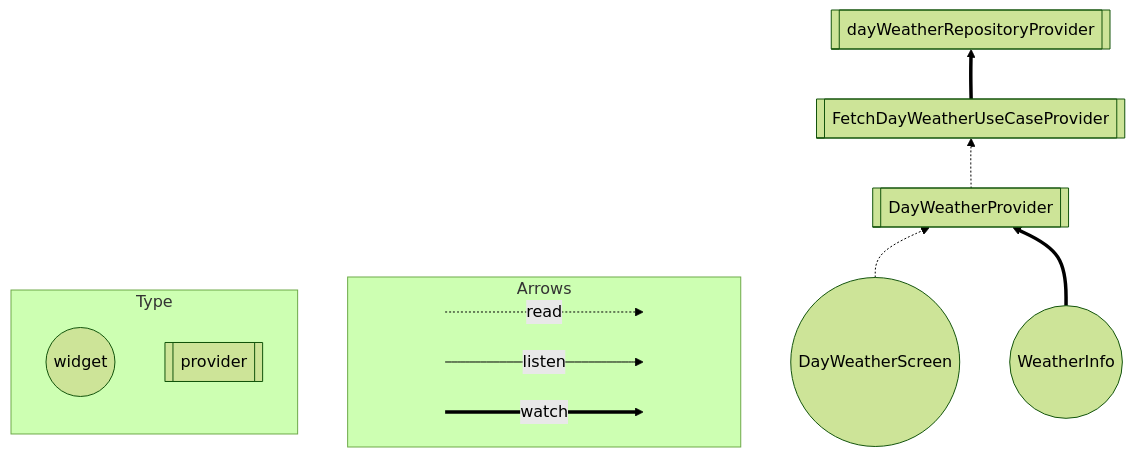
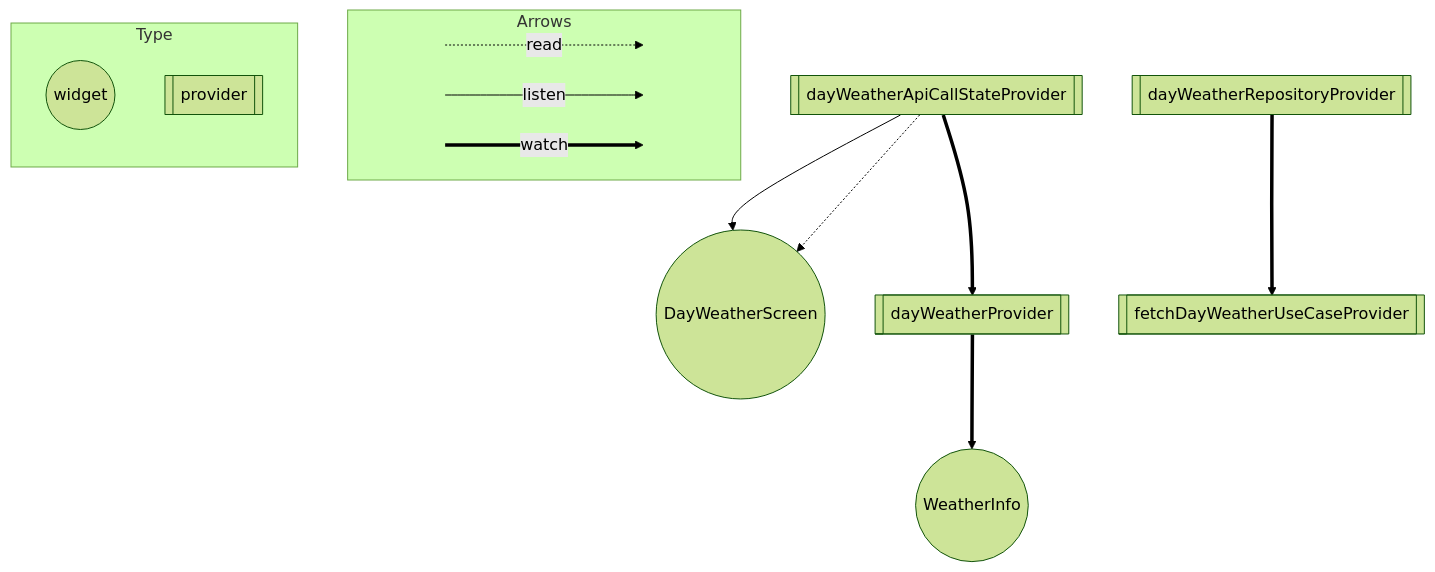
One commit to Yamasaki-pan961/flutter-yumemi-training changed the diagram in lib/feature/day_weather/DAY_WEATHER_STATE_MANAGEMENT.md. Above: the diagram before and after it, drawn with Mermaid (forest theme).

Commit message:
docs: Update provider graph

````diff
--- a/lib/feature/day_weather/DAY_WEATHER_STATE_MANAGEMENT.md
+++ b/lib/feature/day_weather/DAY_WEATHER_STATE_MANAGEMENT.md
@@ -3,30 +3,35 @@
 ```mermaid
-flowchart BT
+flowchart TB
   subgraph Arrows
     direction LR
     start1[ ] -..->|read| stop1[ ]
     style start1 height:0px;
     style stop1 height:0px;
     start2[ ] --->|listen| stop2[ ]
     style start2 height:0px;
     style stop2 height:0px; 
     start3[ ] ===>|watch| stop3[ ]
     style start3 height:0px;
     style stop3 height:0px; 
   end
 
   subgraph Type
     direction TB
     ConsumerWidget((widget));
     Provider[[provider]];
   end
+  DayWeatherScreen((DayWeatherScreen));
+  dayWeatherApiCallStateProvider --> DayWeatherScreen;
+  dayWeatherApiCallStateProvider -.-> DayWeatherScreen;
+  WeatherInfo((WeatherInfo));
+  dayWeatherProvider ==> WeatherInfo;
+  fetchDayWeatherUseCaseProvider[[fetchDayWeatherUseCaseProvider]];
+  dayWeatherRepositoryProvider ==> fetchDayWeatherUseCaseProvider;
+  dayWeatherRepositoryProvider[[dayWeatherRepositoryProvider]];
+  dayWeatherProvider[[dayWeatherProvider]];
+  dayWeatherApiCallStateProvider ==> dayWeatherProvider;
+  dayWeatherApiCallStateProvider[[dayWeatherApiCallStateProvider]];
 
-
-  dayWeatherProvider[[DayWeatherProvider]] .-> fetchDayWeatherUseCaseProvider[[FetchDayWeatherUseCaseProvider]]
-  fetchDayWeatherUseCaseProvider ==>  repository[[dayWeatherRepositoryProvider]]
-
-  screen((DayWeatherScreen)) .-> dayWeatherProvider
-  info((WeatherInfo)) ==> dayWeatherProvider
 
 
 ```
````
